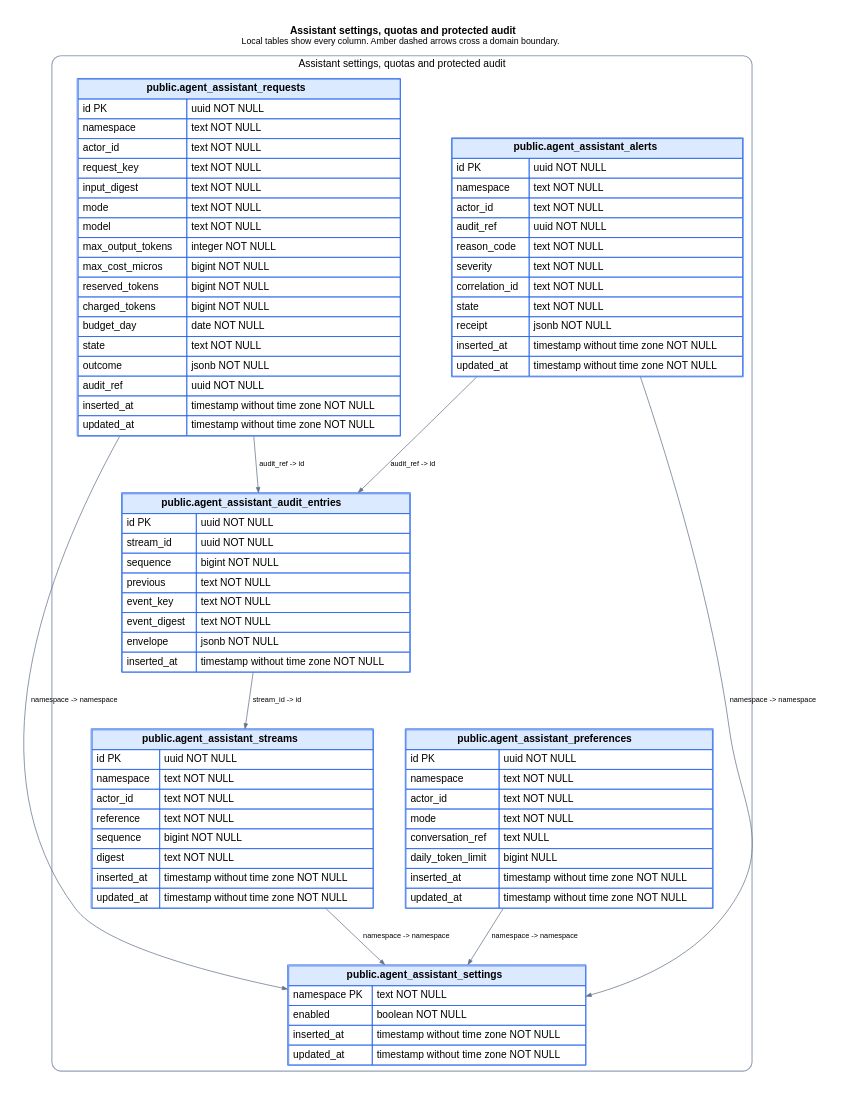
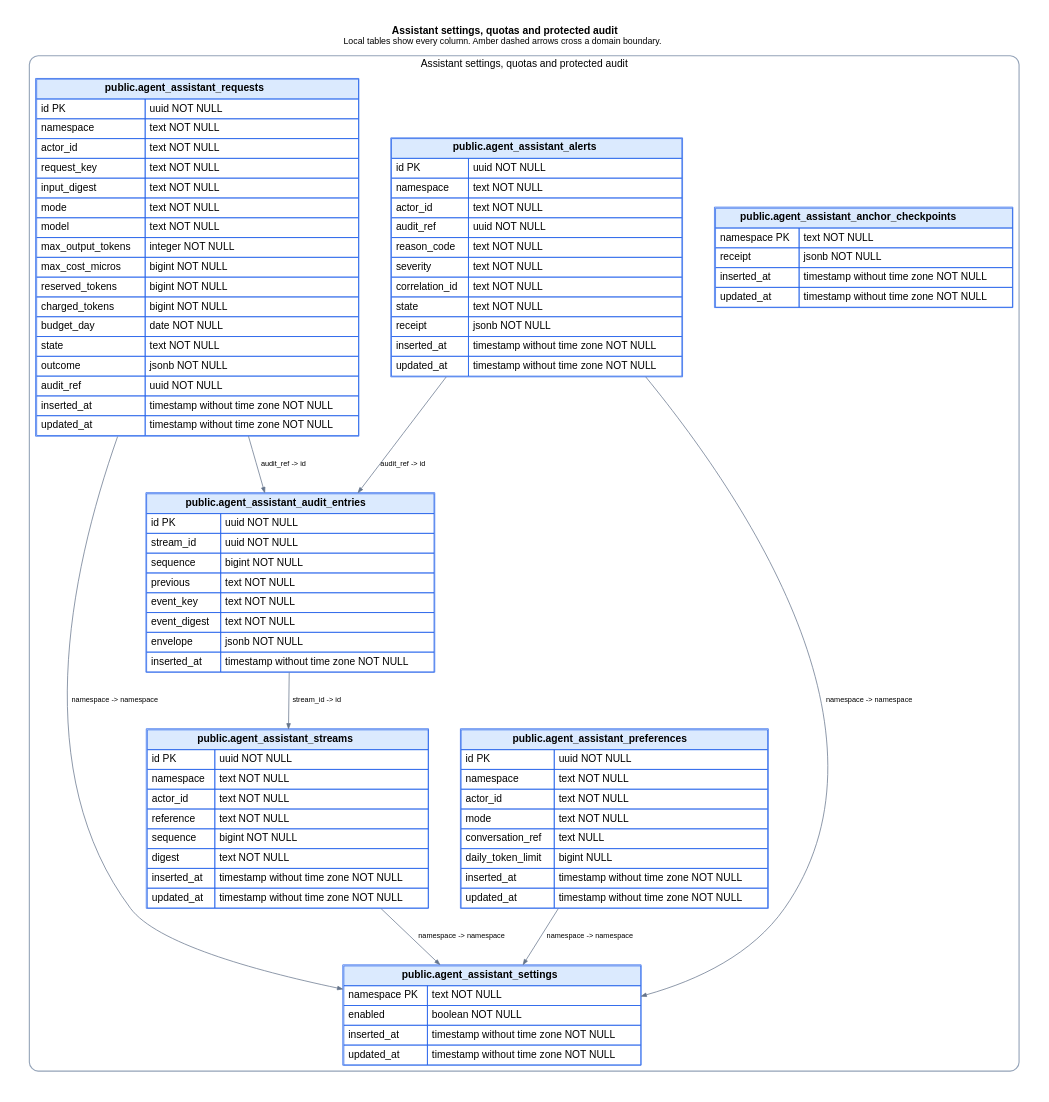
The diagram in docs/schema/domains/agent_assistant.dot (ogourment/pauseai.ca-website), drawn with Graphviz before and after one commit. The commit also changed 17 other files, not shown here.

```diff
--- a/docs/schema/domains/agent_assistant.dot
+++ b/docs/schema/domains/agent_assistant.dot
@@ -1,72 +1,79 @@
 digraph agent_assistant {
   graph [rankdir=TB, bgcolor="white", pad=0.35, nodesep=0.6, ranksep=0.9, fontname="Helvetica"];
   node [shape=plain, fontname="Helvetica"];
   edge [fontname="Helvetica", fontsize=10, arrowsize=0.7];
   labelloc="t";
   label=< <B>Assistant settings, quotas and protected audit</B><BR/><FONT POINT-SIZE="12">Local tables show every column. Amber dashed arrows cross a domain boundary.</FONT> >;
 
   subgraph cluster_local {
     label="Assistant settings, quotas and protected audit";
     color="#94a3b8";
     penwidth=1.5;
     style="rounded";
+  "agent_assistant_anchor_checkpoints" [label=<
+    <TABLE BORDER="1" CELLBORDER="1" CELLSPACING="0" CELLPADDING="5" COLOR="#2563eb">
+      <TR><TD BGCOLOR="#dbeafe" COLSPAN="2"><B>public.agent_assistant_anchor_checkpoints</B></TD></TR>
+      <TR><TD ALIGN="LEFT">namespace PK</TD><TD ALIGN="LEFT">text NOT NULL</TD></TR><TR><TD ALIGN="LEFT">receipt</TD><TD ALIGN="LEFT">jsonb NOT NULL</TD></TR><TR><TD ALIGN="LEFT">inserted_at</TD><TD ALIGN="LEFT">timestamp without time zone NOT NULL</TD></TR><TR><TD ALIGN="LEFT">updated_at</TD><TD ALIGN="LEFT">timestamp without time zone NOT NULL</TD></TR>
+    </TABLE>
+  >];
+
   "agent_assistant_alerts" [label=<
     <TABLE BORDER="1" CELLBORDER="1" CELLSPACING="0" CELLPADDING="5" COLOR="#2563eb">
       <TR><TD BGCOLOR="#dbeafe" COLSPAN="2"><B>public.agent_assistant_alerts</B></TD></TR>
       <TR><TD ALIGN="LEFT">id PK</TD><TD ALIGN="LEFT">uuid NOT NULL</TD></TR><TR><TD ALIGN="LEFT">namespace</TD><TD ALIGN="LEFT">text NOT NULL</TD></TR><TR><TD ALIGN="LEFT">actor_id</TD><TD ALIGN="LEFT">text NOT NULL</TD></TR><TR><TD ALIGN="LEFT">audit_ref</TD><TD ALIGN="LEFT">uuid NOT NULL</TD></TR><TR><TD ALIGN="LEFT">reason_code</TD><TD ALIGN="LEFT">text NOT NULL</TD></TR><TR><TD ALIGN="LEFT">severity</TD><TD ALIGN="LEFT">text NOT NULL</TD></TR><TR><TD ALIGN="LEFT">correlation_id</TD><TD ALIGN="LEFT">text NOT NULL</TD></TR><TR><TD ALIGN="LEFT">state</TD><TD ALIGN="LEFT">text NOT NULL</TD></TR><TR><TD ALIGN="LEFT">receipt</TD><TD ALIGN="LEFT">jsonb NOT NULL</TD></TR><TR><TD ALIGN="LEFT">inserted_at</TD><TD ALIGN="LEFT">timestamp without time zone NOT NULL</TD></TR><TR><TD ALIGN="LEFT">updated_at</TD><TD ALIGN="LEFT">timestamp without time zone NOT NULL</TD></TR>
     </TABLE>
   >];
 
   "agent_assistant_audit_entries" [label=<
     <TABLE BORDER="1" CELLBORDER="1" CELLSPACING="0" CELLPADDING="5" COLOR="#2563eb">
       <TR><TD BGCOLOR="#dbeafe" COLSPAN="2"><B>public.agent_assistant_audit_entries</B></TD></TR>
       <TR><TD ALIGN="LEFT">id PK</TD><TD ALIGN="LEFT">uuid NOT NULL</TD></TR><TR><TD ALIGN="LEFT">stream_id</TD><TD ALIGN="LEFT">uuid NOT NULL</TD></TR><TR><TD ALIGN="LEFT">sequence</TD><TD ALIGN="LEFT">bigint NOT NULL</TD></TR><TR><TD ALIGN="LEFT">previous</TD><TD ALIGN="LEFT">text NOT NULL</TD></TR><TR><TD ALIGN="LEFT">event_key</TD><TD ALIGN="LEFT">text NOT NULL</TD></TR><TR><TD ALIGN="LEFT">event_digest</TD><TD ALIGN="LEFT">text NOT NULL</TD></TR><TR><TD ALIGN="LEFT">envelope</TD><TD ALIGN="LEFT">jsonb NOT NULL</TD></TR><TR><TD ALIGN="LEFT">inserted_at</TD><TD ALIGN="LEFT">timestamp without time zone NOT NULL</TD></TR>
     </TABLE>
   >];
 
   "agent_assistant_preferences" [label=<
     <TABLE BORDER="1" CELLBORDER="1" CELLSPACING="0" CELLPADDING="5" COLOR="#2563eb">
       <TR><TD BGCOLOR="#dbeafe" COLSPAN="2"><B>public.agent_assistant_preferences</B></TD></TR>
       <TR><TD ALIGN="LEFT">id PK</TD><TD ALIGN="LEFT">uuid NOT NULL</TD></TR><TR><TD ALIGN="LEFT">namespace</TD><TD ALIGN="LEFT">text NOT NULL</TD></TR><TR><TD ALIGN="LEFT">actor_id</TD><TD ALIGN="LEFT">text NOT NULL</TD></TR><TR><TD ALIGN="LEFT">mode</TD><TD ALIGN="LEFT">text NOT NULL</TD></TR><TR><TD ALIGN="LEFT">conversation_ref</TD><TD ALIGN="LEFT">text NULL</TD></TR><TR><TD ALIGN="LEFT">daily_token_limit</TD><TD ALIGN="LEFT">bigint NULL</TD></TR><TR><TD ALIGN="LEFT">inserted_at</TD><TD ALIGN="LEFT">timestamp without time zone NOT NULL</TD></TR><TR><TD ALIGN="LEFT">updated_at</TD><TD ALIGN="LEFT">timestamp without time zone NOT NULL</TD></TR>
     </TABLE>
   >];
 
   "agent_assistant_requests" [label=<
     <TABLE BORDER="1" CELLBORDER="1" CELLSPACING="0" CELLPADDING="5" COLOR="#2563eb">
       <TR><TD BGCOLOR="#dbeafe" COLSPAN="2"><B>public.agent_assistant_requests</B></TD></TR>
       <TR><TD ALIGN="LEFT">id PK</TD><TD ALIGN="LEFT">uuid NOT NULL</TD></TR><TR><TD ALIGN="LEFT">namespace</TD><TD ALIGN="LEFT">text NOT NULL</TD></TR><TR><TD ALIGN="LEFT">actor_id</TD><TD ALIGN="LEFT">text NOT NULL</TD></TR><TR><TD ALIGN="LEFT">request_key</TD><TD ALIGN="LEFT">text NOT NULL</TD></TR><TR><TD ALIGN="LEFT">input_digest</TD><TD ALIGN="LEFT">text NOT NULL</TD></TR><TR><TD ALIGN="LEFT">mode</TD><TD ALIGN="LEFT">text NOT NULL</TD></TR><TR><TD ALIGN="LEFT">model</TD><TD ALIGN="LEFT">text NOT NULL</TD></TR><TR><TD ALIGN="LEFT">max_output_tokens</TD><TD ALIGN="LEFT">integer NOT NULL</TD></TR><TR><TD ALIGN="LEFT">max_cost_micros</TD><TD ALIGN="LEFT">bigint NOT NULL</TD></TR><TR><TD ALIGN="LEFT">reserved_tokens</TD><TD ALIGN="LEFT">bigint NOT NULL</TD></TR><TR><TD ALIGN="LEFT">charged_tokens</TD><TD ALIGN="LEFT">bigint NOT NULL</TD></TR><TR><TD ALIGN="LEFT">budget_day</TD><TD ALIGN="LEFT">date NOT NULL</TD></TR><TR><TD ALIGN="LEFT">state</TD><TD ALIGN="LEFT">text NOT NULL</TD></TR><TR><TD ALIGN="LEFT">outcome</TD><TD ALIGN="LEFT">jsonb NOT NULL</TD></TR><TR><TD ALIGN="LEFT">audit_ref</TD><TD ALIGN="LEFT">uuid NOT NULL</TD></TR><TR><TD ALIGN="LEFT">inserted_at</TD><TD ALIGN="LEFT">timestamp without time zone NOT NULL</TD></TR><TR><TD ALIGN="LEFT">updated_at</TD><TD ALIGN="LEFT">timestamp without time zone NOT NULL</TD></TR>
     </TABLE>
   >];
 
   "agent_assistant_settings" [label=<
     <TABLE BORDER="1" CELLBORDER="1" CELLSPACING="0" CELLPADDING="5" COLOR="#2563eb">
       <TR><TD BGCOLOR="#dbeafe" COLSPAN="2"><B>public.agent_assistant_settings</B></TD></TR>
       <TR><TD ALIGN="LEFT">namespace PK</TD><TD ALIGN="LEFT">text NOT NULL</TD></TR><TR><TD ALIGN="LEFT">enabled</TD><TD ALIGN="LEFT">boolean NOT NULL</TD></TR><TR><TD ALIGN="LEFT">inserted_at</TD><TD ALIGN="LEFT">timestamp without time zone NOT NULL</TD></TR><TR><TD ALIGN="LEFT">updated_at</TD><TD ALIGN="LEFT">timestamp without time zone NOT NULL</TD></TR>
     </TABLE>
   >];
 
   "agent_assistant_streams" [label=<
     <TABLE BORDER="1" CELLBORDER="1" CELLSPACING="0" CELLPADDING="5" COLOR="#2563eb">
       <TR><TD BGCOLOR="#dbeafe" COLSPAN="2"><B>public.agent_assistant_streams</B></TD></TR>
       <TR><TD ALIGN="LEFT">id PK</TD><TD ALIGN="LEFT">uuid NOT NULL</TD></TR><TR><TD ALIGN="LEFT">namespace</TD><TD ALIGN="LEFT">text NOT NULL</TD></TR><TR><TD ALIGN="LEFT">actor_id</TD><TD ALIGN="LEFT">text NOT NULL</TD></TR><TR><TD ALIGN="LEFT">reference</TD><TD ALIGN="LEFT">text NOT NULL</TD></TR><TR><TD ALIGN="LEFT">sequence</TD><TD ALIGN="LEFT">bigint NOT NULL</TD></TR><TR><TD ALIGN="LEFT">digest</TD><TD ALIGN="LEFT">text NOT NULL</TD></TR><TR><TD ALIGN="LEFT">inserted_at</TD><TD ALIGN="LEFT">timestamp without time zone NOT NULL</TD></TR><TR><TD ALIGN="LEFT">updated_at</TD><TD ALIGN="LEFT">timestamp without time zone NOT NULL</TD></TR>
     </TABLE>
   >];
 
   }
 
   subgraph cluster_external {
     label="External-domain references — other relationships are intentionally omitted";
     color="#cbd5e1";
     penwidth=1;
     style="rounded";
 
   }
 
   "agent_assistant_alerts" -> "agent_assistant_audit_entries" [label="audit_ref -> id", color="#64748b"];
   "agent_assistant_alerts" -> "agent_assistant_settings" [label="namespace -> namespace", color="#64748b"];
   "agent_assistant_audit_entries" -> "agent_assistant_streams" [label="stream_id -> id", color="#64748b"];
   "agent_assistant_preferences" -> "agent_assistant_settings" [label="namespace -> namespace", color="#64748b"];
   "agent_assistant_requests" -> "agent_assistant_audit_entries" [label="audit_ref -> id", color="#64748b"];
   "agent_assistant_requests" -> "agent_assistant_settings" [label="namespace -> namespace", color="#64748b"];
   "agent_assistant_streams" -> "agent_assistant_settings" [label="namespace -> namespace", color="#64748b"];
 }
```
